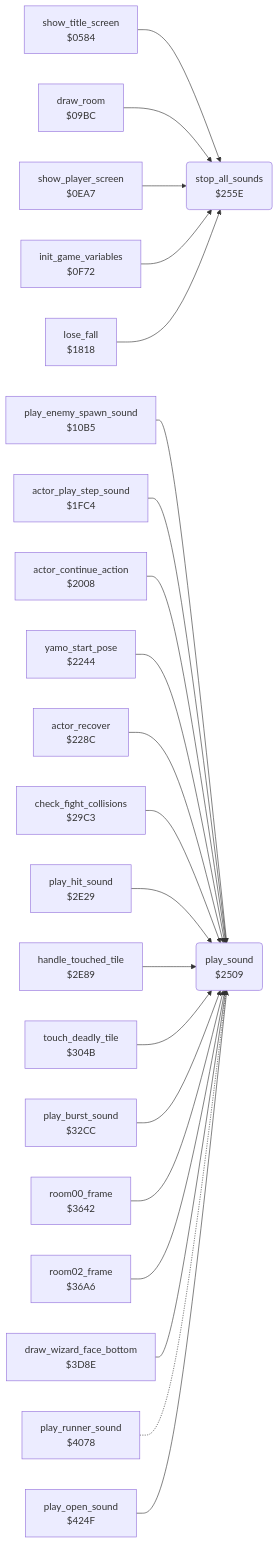
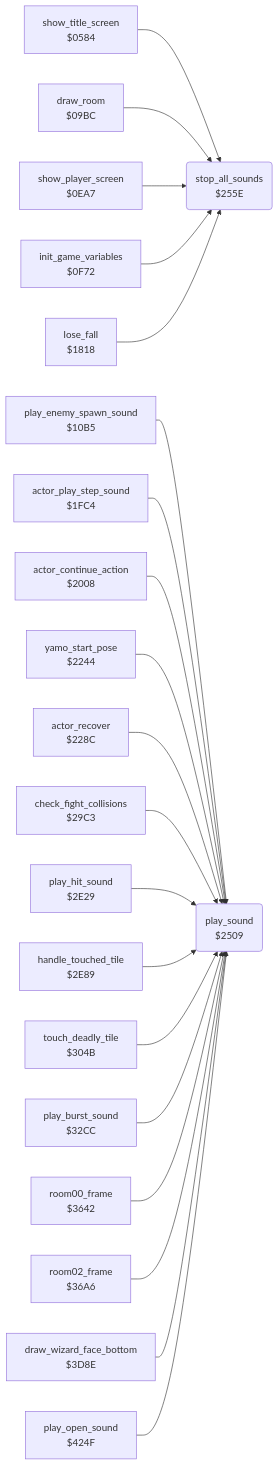
The diagram in bruce_lee/docs/reference/modules/sfx/sound_request.md (henols/c64_games), drawn with Mermaid before and after one commit. The commit also changed other lines of this file and 236 other files, not shown here.

````diff
--- a/bruce_lee/docs/reference/modules/sfx/sound_request.md
+++ b/bruce_lee/docs/reference/modules/sfx/sound_request.md
@@ -10,45 +24,43 @@
 ```mermaid
 flowchart LR
   n0584["show_title_screen<br/>$0584"]
   n09bc["draw_room<br/>$09BC"]
   n0ea7["show_player_screen<br/>$0EA7"]
   n0f72["init_game_variables<br/>$0F72"]
   n10b5["play_enemy_spawn_sound<br/>$10B5"]
   n1818["lose_fall<br/>$1818"]
   n1fc4["actor_play_step_sound<br/>$1FC4"]
   n2008["actor_continue_action<br/>$2008"]
   n2244["yamo_start_pose<br/>$2244"]
   n228c["actor_recover<br/>$228C"]
   n2509("play_sound<br/>$2509")
   n255e("stop_all_sounds<br/>$255E")
   n29c3["check_fight_collisions<br/>$29C3"]
   n2e29["play_hit_sound<br/>$2E29"]
   n2e89["handle_touched_tile<br/>$2E89"]
   n304b["touch_deadly_tile<br/>$304B"]
   n32cc["play_burst_sound<br/>$32CC"]
   n3642["room00_frame<br/>$3642"]
   n36a6["room02_frame<br/>$36A6"]
   n3d8e["draw_wizard_face_bottom<br/>$3D8E"]
-  n4078["play_runner_sound<br/>$4078"]
   n424f["play_open_sound<br/>$424F"]
   n0584 --> n255e
   n09bc --> n255e
   n0ea7 --> n255e
   n0f72 --> n255e
   n10b5 --> n2509
   n1818 --> n255e
   n1fc4 --> n2509
   n2008 --> n2509
   n2244 --> n2509
   n228c --> n2509
   n29c3 --> n2509
   n2e29 --> n2509
   n2e89 --> n2509
   n304b --> n2509
   n32cc --> n2509
   n3642 --> n2509
   n36a6 --> n2509
   n3d8e --> n2509
-  n4078 -.-> n2509
   n424f --> n2509
 ```
````
